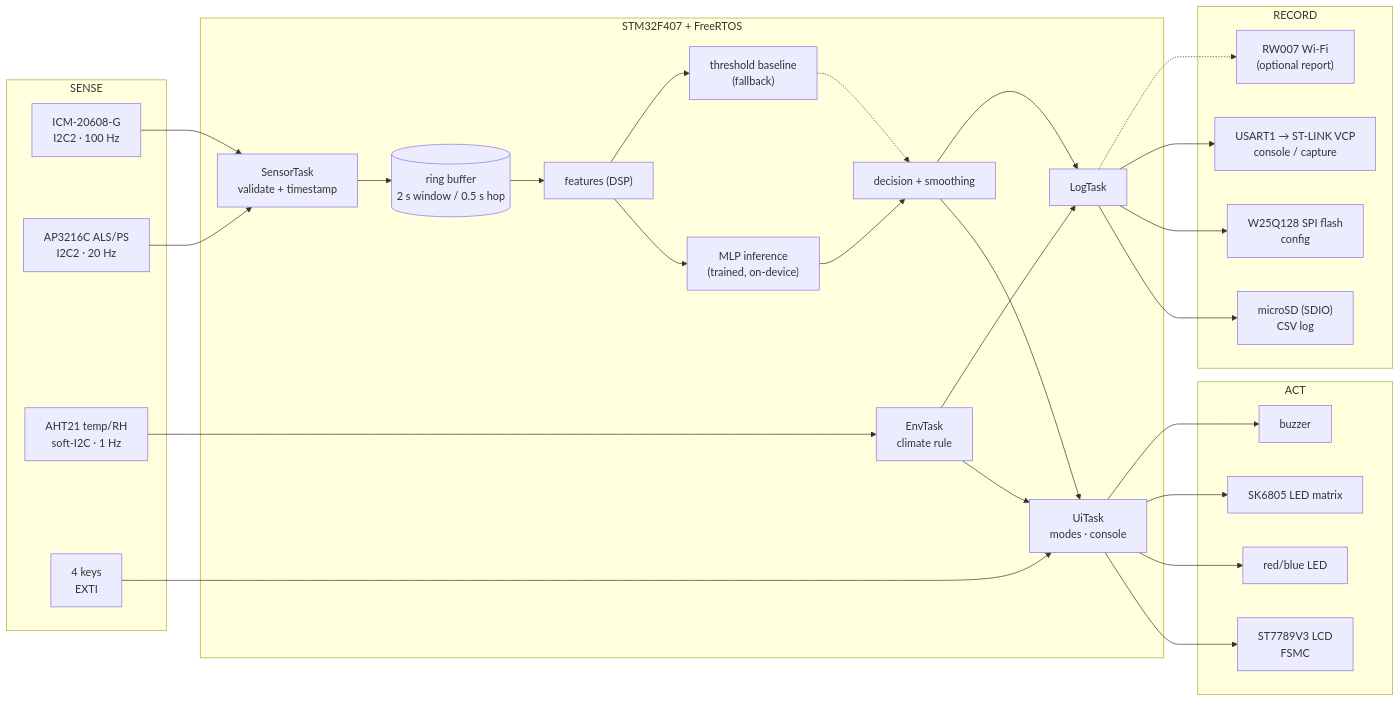
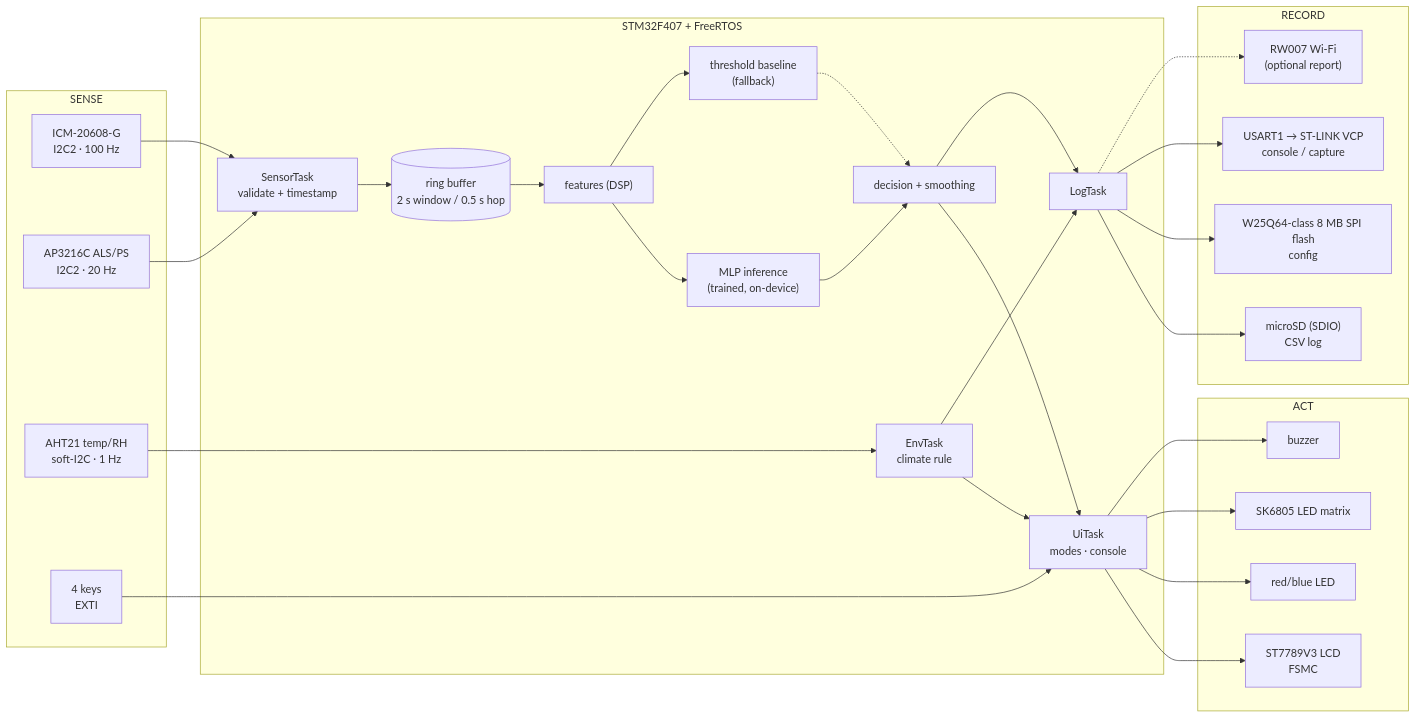
One commit to Atoyyyyyy/bca182-lab4-packsense changed the diagram in docs/design.md. Above: the diagram before and after it, drawn with Mermaid. The commit also changed other lines of this file and 4 other files, not shown here.

First line of the commit message:
docs: fitted SPI flash is 8 MB (W25Q64-class), not the schematic's W25Q128

````diff
--- a/docs/design.md
+++ b/docs/design.md
@@ -66,44 +66,44 @@
 ```mermaid
 flowchart LR
   subgraph SENSE
     IMU["ICM-20608-G<br/>I2C2 · 100 Hz"]
     ALS["AP3216C ALS/PS<br/>I2C2 · 20 Hz"]
     AHT["AHT21 temp/RH<br/>soft-I2C · 1 Hz"]
     KEYS["4 keys<br/>EXTI"]
   end
   subgraph MCU["STM32F407 + FreeRTOS"]
     ST["SensorTask<br/>validate + timestamp"]
     RB[("ring buffer<br/>2 s window / 0.5 s hop")]
     FE["features (DSP)"]
     ML["MLP inference<br/>(trained, on-device)"]
     BL["threshold baseline<br/>(fallback)"]
     DEC["decision + smoothing"]
     ENV["EnvTask<br/>climate rule"]
     UI["UiTask<br/>modes · console"]
     LOG["LogTask"]
   end
   subgraph ACT
     LCD["ST7789V3 LCD<br/>FSMC"]
     LED["red/blue LED"]
     MAT["SK6805 LED matrix"]
     BUZ["buzzer"]
   end
   subgraph RECORD
     SD["microSD (SDIO)<br/>CSV log"]
-    FL["W25Q128 SPI flash<br/>config"]
+    FL["W25Q64-class 8 MB SPI flash<br/>config"]
     WIFI["RW007 Wi-Fi<br/>(optional report)"]
     VCP["USART1 → ST-LINK VCP<br/>console / capture"]
   end
   IMU --> ST
   ALS --> ST
   ST --> RB --> FE --> ML --> DEC
   FE --> BL -.-> DEC
   AHT --> ENV --> UI
   KEYS --> UI
   DEC --> UI
   UI --> LCD & LED & MAT & BUZ
   DEC --> LOG
   ENV --> LOG
   LOG --> SD & FL & VCP
   LOG -.-> WIFI
 ```
````
